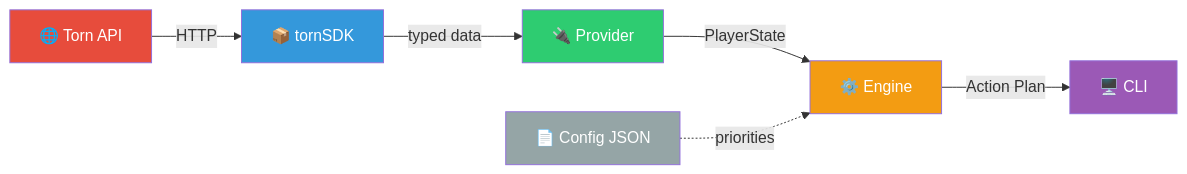
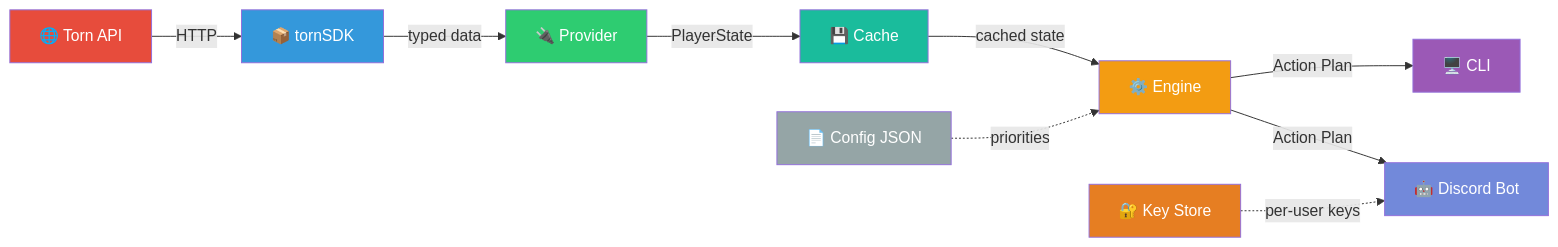
One commit to subhanjanOps/torn-advisor changed the first of 2 diagrams in README.md. Above: the diagram before and after it, drawn with Mermaid. The commit also changed other lines of this file and 15 other files, not shown here.

First line of the commit message:
feat: add Torn Advisor bot with Discord integration

````diff
--- a/README.md
+++ b/README.md
@@ -41,14 +41,20 @@
 ```mermaid
 flowchart LR
     A[🌐 Torn API] -->|HTTP| B[📦 tornSDK]
     B -->|typed data| C[🔌 Provider]
-    C -->|PlayerState| D[⚙️ Engine]
+    C -->|PlayerState| C2[💾 Cache]
+    C2 -->|cached state| D[⚙️ Engine]
     D -->|Action Plan| E[🖥️ CLI]
+    D -->|Action Plan| G[🤖 Discord Bot]
     F[📄 Config JSON] -.->|priorities| D
+    H[🔐 Key Store] -.->|per-user keys| G
     style A fill:#e74c3c,color:#fff
     style B fill:#3498db,color:#fff
     style C fill:#2ecc71,color:#fff
+    style C2 fill:#1abc9c,color:#fff
     style D fill:#f39c12,color:#fff
     style E fill:#9b59b6,color:#fff
     style F fill:#95a5a6,color:#fff
+    style G fill:#7289da,color:#fff
+    style H fill:#e67e22,color:#fff
 ```
````
